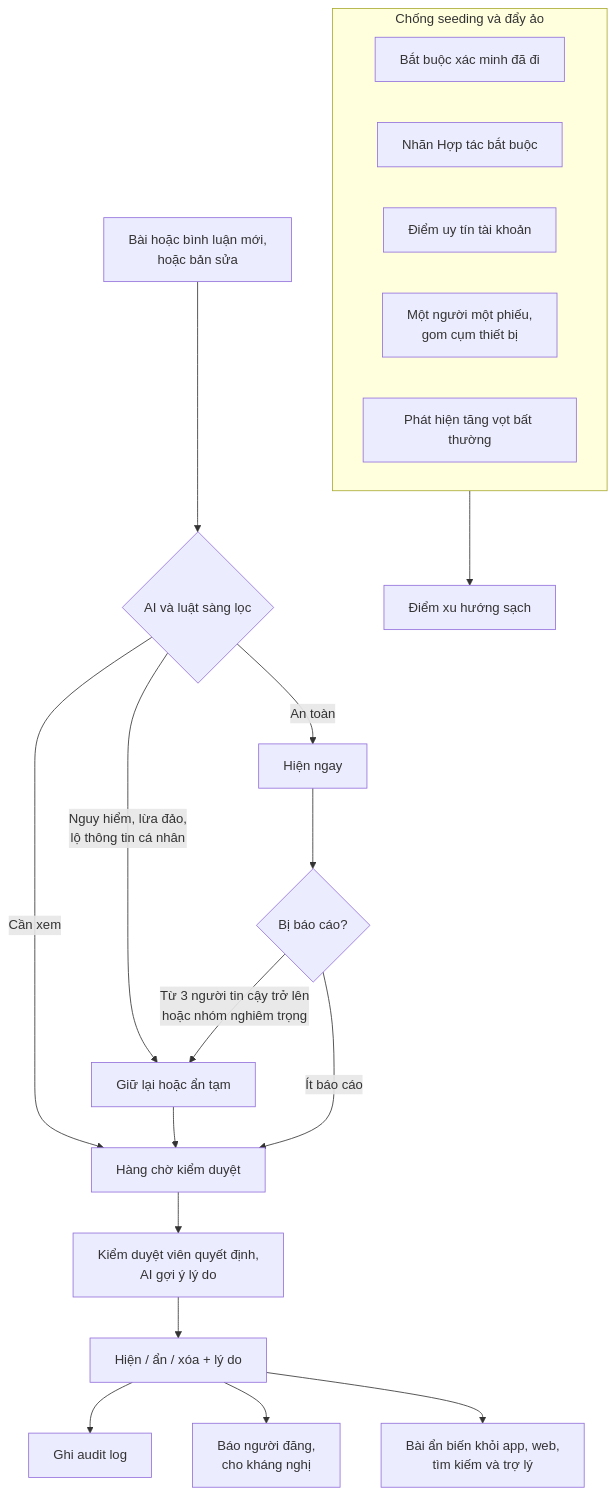
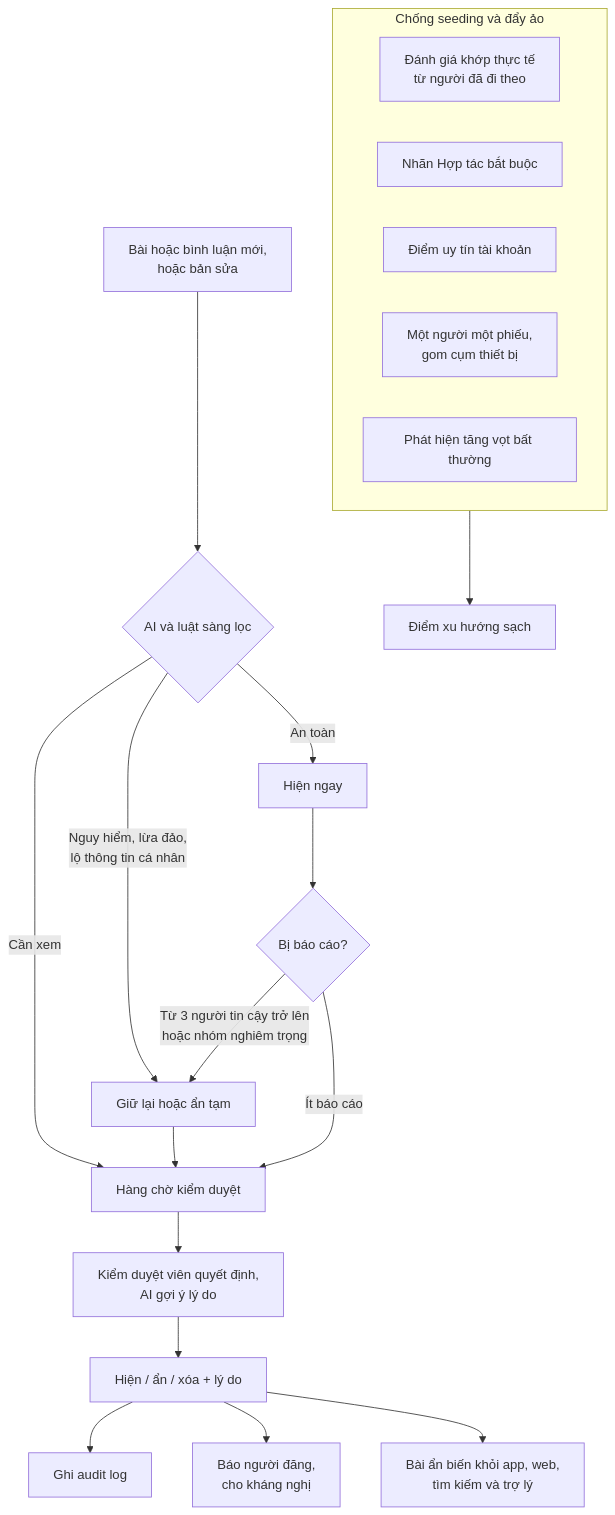
The seventh of 10 diagrams in docs/10-diagram-workflow.md (lengqbaorr/OTA_research), drawn with Mermaid before and after one commit. The commit also changed other lines of this file and 5 other files, not shown here.

First line of the commit message:
Pivot to Đi ngay: drop stay verification, point-based itineraries, hybrid AI plus rule planner in simulation and diagrams

````diff
--- a/docs/10-diagram-workflow.md
+++ b/docs/10-diagram-workflow.md
@@ -165,23 +158,23 @@
 ```mermaid
 flowchart TD
     NEW["Bài hoặc bình luận mới,<br/>hoặc bản sửa"] --> AI{"AI và luật sàng lọc"}
     AI -->|"An toàn"| SHOW["Hiện ngay"]
     AI -->|"Cần xem"| Q["Hàng chờ kiểm duyệt"]
     AI -->|"Nguy hiểm, lừa đảo,<br/>lộ thông tin cá nhân"| HIDE["Giữ lại hoặc ẩn tạm"] --> Q
     SHOW --> REP{"Bị báo cáo?"}
     REP -->|"Từ 3 người tin cậy trở lên<br/>hoặc nhóm nghiêm trọng"| HIDE
     REP -->|"Ít báo cáo"| Q
     Q --> MODR["Kiểm duyệt viên quyết định,<br/>AI gợi ý lý do"]
     MODR --> ACTN["Hiện / ẩn / xóa + lý do"]
     ACTN --> LOG["Ghi audit log"]
     ACTN --> NOTI["Báo người đăng,<br/>cho kháng nghị"]
     ACTN --> SYNC["Bài ẩn biến khỏi app, web,<br/>tìm kiếm và trợ lý"]
     subgraph SEED["Chống seeding và đẩy ảo"]
-        T1["Bắt buộc xác minh đã đi"]
+        T1["Đánh giá khớp thực tế<br/>từ người đã đi theo"]
         T2["Nhãn Hợp tác bắt buộc"]
         T3["Điểm uy tín tài khoản"]
         T4["Một người một phiếu,<br/>gom cụm thiết bị"]
         T5["Phát hiện tăng vọt bất thường"]
     end
     SEED --> TREND["Điểm xu hướng sạch"]
 ```
````
